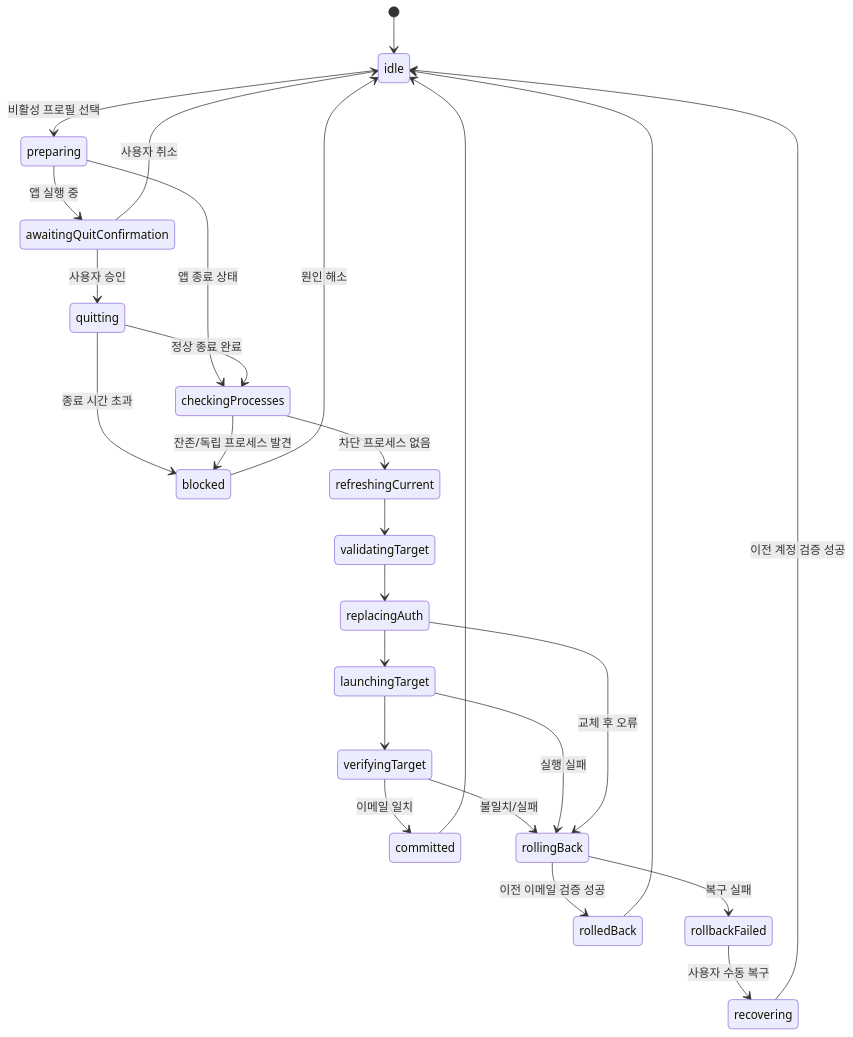
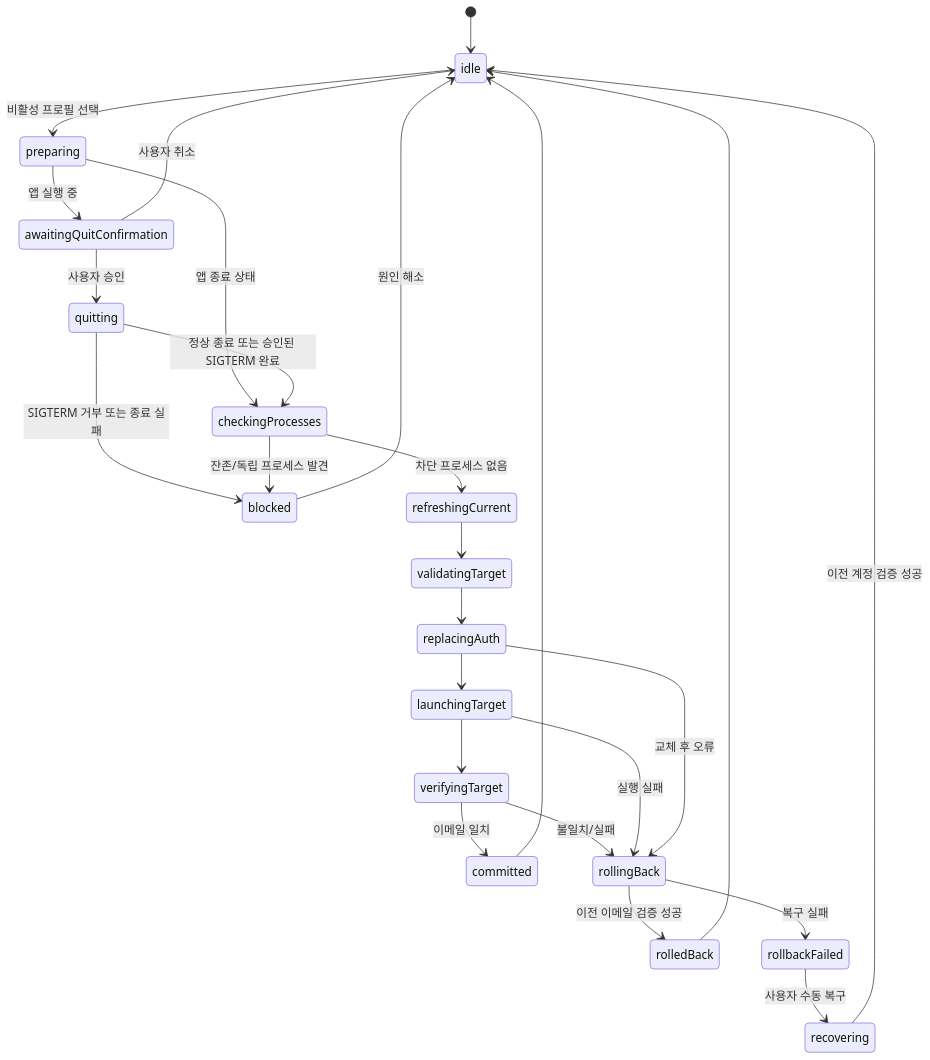
Before and after one commit to aqwsde321/codex-account-switcher-macos: the second of 2 diagrams in docs/03_feature_flow.md, drawn with Mermaid. The commit also changed other lines of this file and 27 other files, not shown here.

````diff
--- a/docs/03_feature_flow.md
+++ b/docs/03_feature_flow.md
@@ -189,28 +195,28 @@
 ```mermaid
 stateDiagram-v2
     [*] --> idle
     idle --> preparing: 비활성 프로필 선택
     preparing --> awaitingQuitConfirmation: 앱 실행 중
     preparing --> checkingProcesses: 앱 종료 상태
     awaitingQuitConfirmation --> quitting: 사용자 승인
     awaitingQuitConfirmation --> idle: 사용자 취소
-    quitting --> checkingProcesses: 정상 종료 완료
-    quitting --> blocked: 종료 시간 초과
+    quitting --> checkingProcesses: 정상 종료 또는 승인된 SIGTERM 완료
+    quitting --> blocked: SIGTERM 거부 또는 종료 실패
     checkingProcesses --> blocked: 잔존/독립 프로세스 발견
     checkingProcesses --> refreshingCurrent: 차단 프로세스 없음
     refreshingCurrent --> validatingTarget
     validatingTarget --> replacingAuth
     replacingAuth --> launchingTarget
     launchingTarget --> verifyingTarget
     verifyingTarget --> committed: 이메일 일치
     verifyingTarget --> rollingBack: 불일치/실패
     launchingTarget --> rollingBack: 실행 실패
     replacingAuth --> rollingBack: 교체 후 오류
     rollingBack --> rolledBack: 이전 이메일 검증 성공
     rollingBack --> rollbackFailed: 복구 실패
     committed --> idle
     rolledBack --> idle
     blocked --> idle: 원인 해소
     rollbackFailed --> recovering: 사용자 수동 복구
     recovering --> idle: 이전 계정 검증 성공
 ```
````
